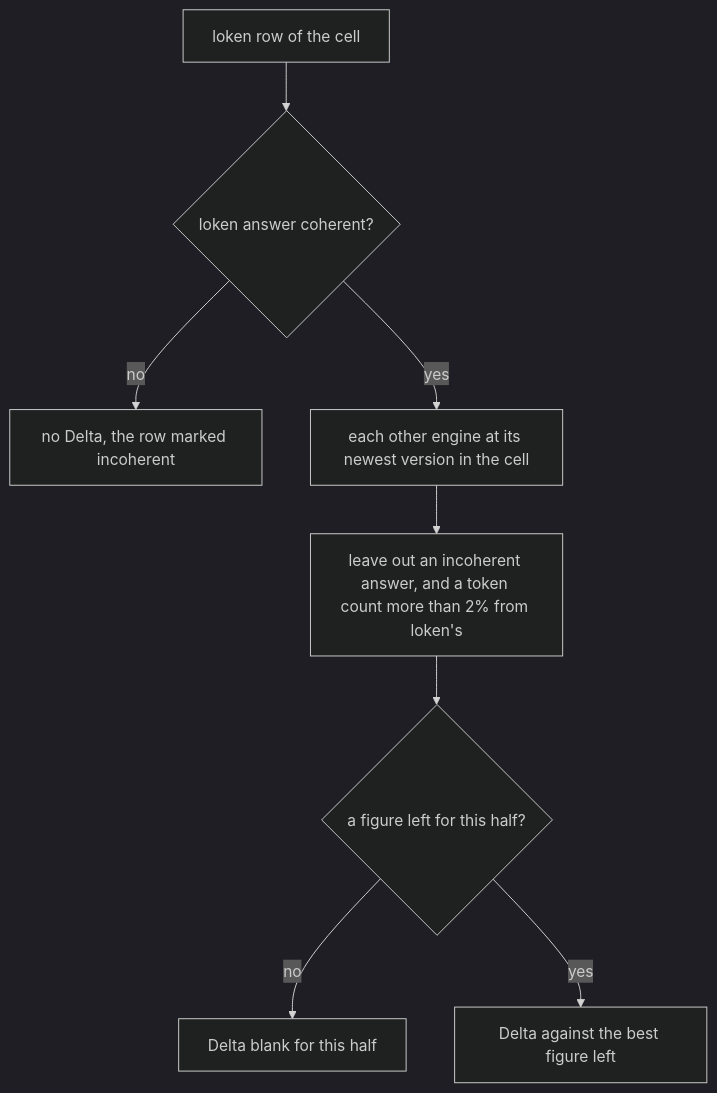
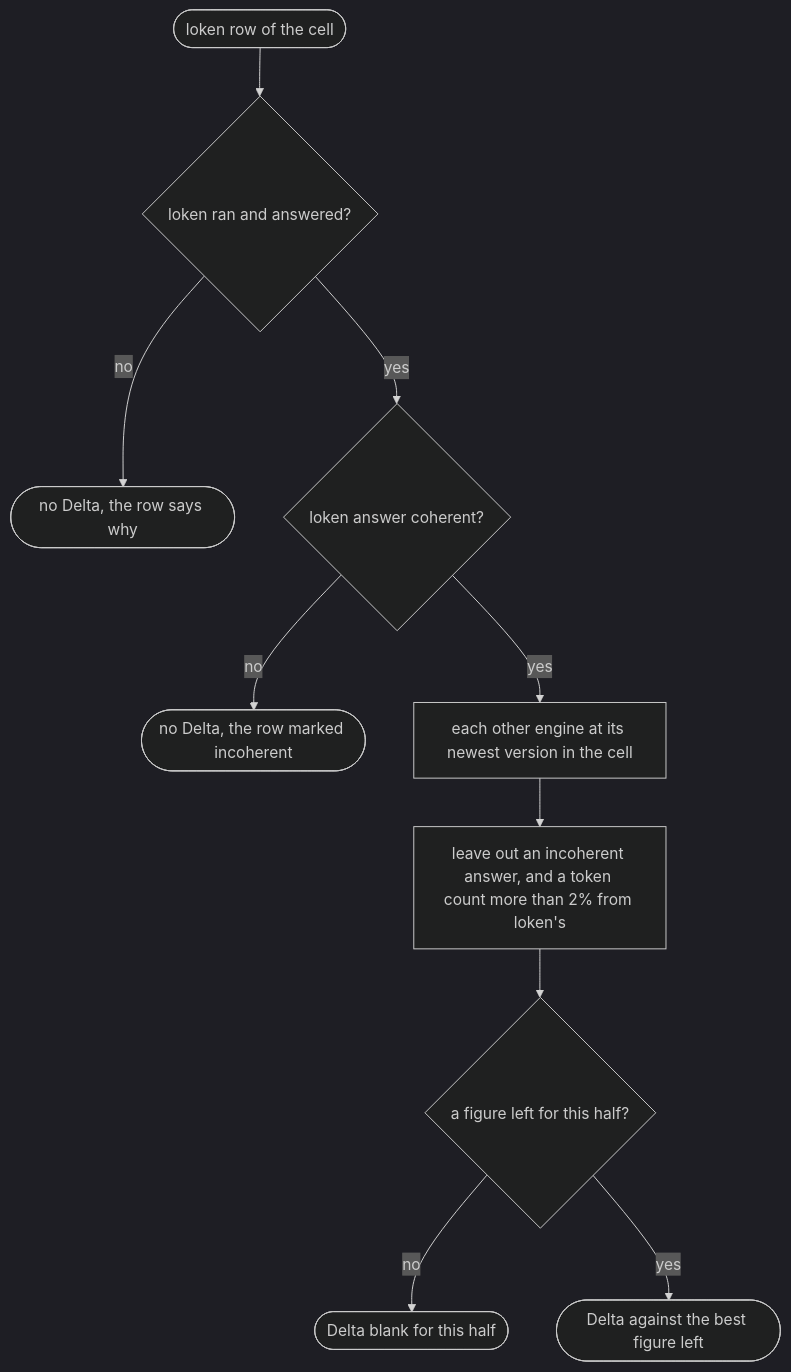
Before and after one commit to loken-ai/benchmarks: the diagram in docs/reference/results-table.md, drawn with Mermaid (dark theme). The commit also changed 3 other files, not shown here.

````diff
--- a/docs/reference/results-table.md
+++ b/docs/reference/results-table.md
@@ -81,10 +81,12 @@
 ```mermaid
 flowchart TD
-    L["loken row of the cell"] --> Q1{"loken answer coherent?"}
-    Q1 -- no --> X["no Delta, the row marked incoherent"]
+    L(["loken row of the cell"]) --> Q0{"loken ran and answered?"}
+    Q0 -- no --> X0(["no Delta, the row says why"])
+    Q0 -- yes --> Q1{"loken answer coherent?"}
+    Q1 -- no --> X(["no Delta, the row marked incoherent"])
     Q1 -- yes --> P["each other engine at its newest version in the cell"]
     P --> F["leave out an incoherent answer, and a token count more than 2% from loken's"]
     F --> Q2{"a figure left for this half?"}
-    Q2 -- no --> B["Delta blank for this half"]
-    Q2 -- yes --> D["Delta against the best figure left"]
+    Q2 -- no --> B(["Delta blank for this half"])
+    Q2 -- yes --> D(["Delta against the best figure left"])
 ```
````
